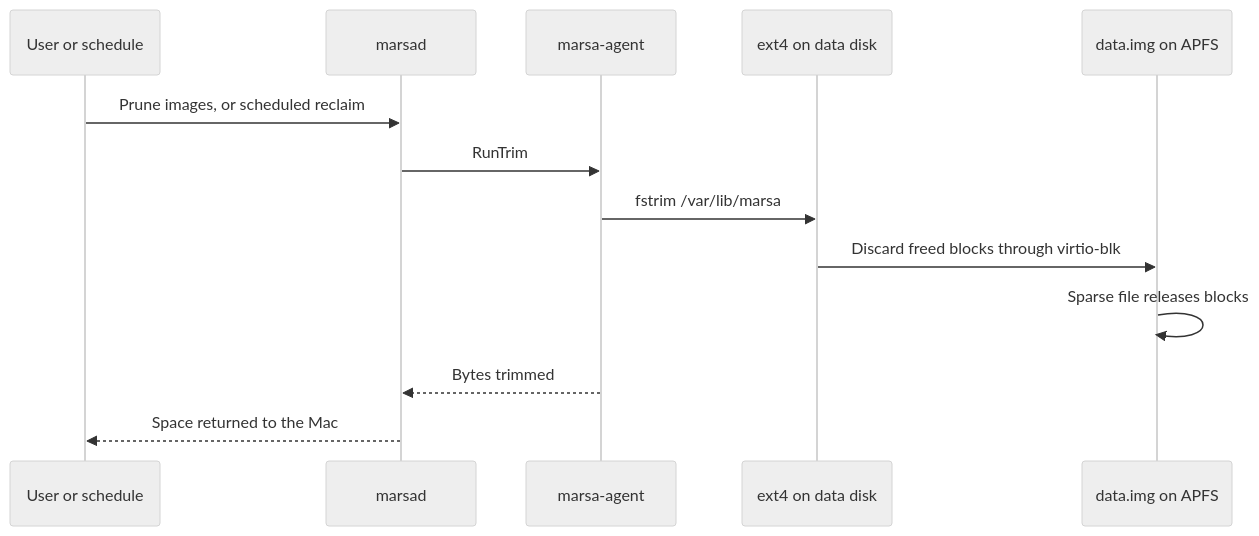
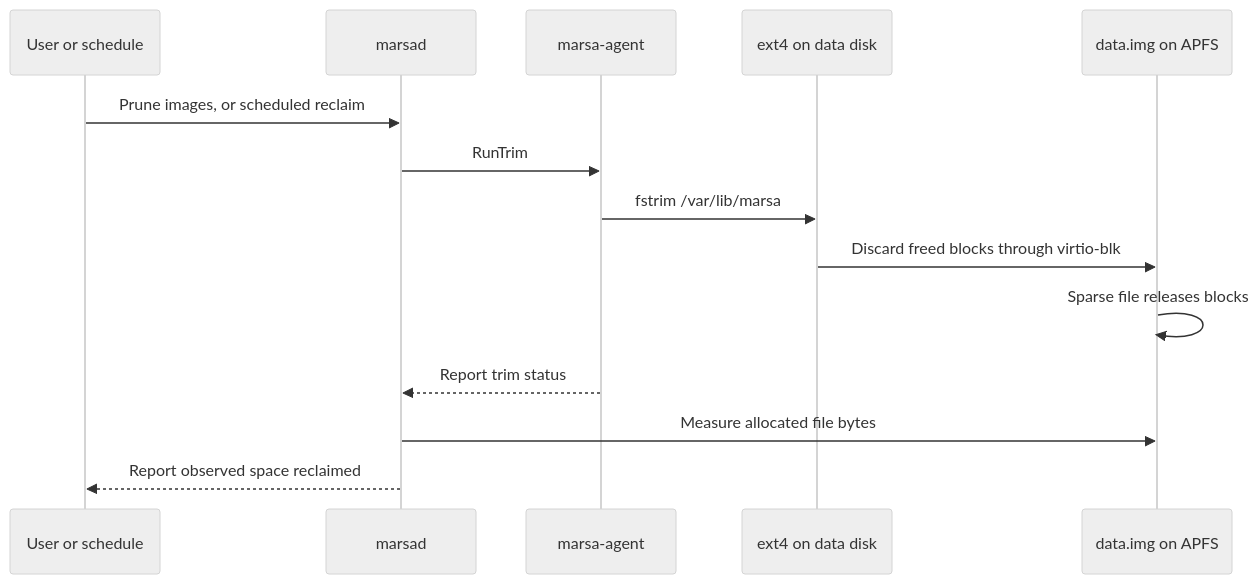
One commit to nasraldin/marsa changed the third of 3 diagrams in docs/07-file-sharing-and-storage.md. Above: the diagram before and after it, drawn with Mermaid (neutral theme). The commit also changed other lines of this file and 3 other files, not shown here.

````diff
--- a/docs/07-file-sharing-and-storage.md
+++ b/docs/07-file-sharing-and-storage.md
@@ -98,16 +98,17 @@
 ```mermaid
 sequenceDiagram
     participant U as User or schedule
     participant D as marsad
     participant A as marsa-agent
     participant FS as ext4 on data disk
     participant H as data.img on APFS
 
     U->>D: Prune images, or scheduled reclaim
     D->>A: RunTrim
     A->>FS: fstrim /var/lib/marsa
     FS->>H: Discard freed blocks through virtio-blk
     H->>H: Sparse file releases blocks
-    A-->>D: Bytes trimmed
-    D-->>U: Space returned to the Mac
+    A-->>D: Report trim status
+    D->>H: Measure allocated file bytes
+    D-->>U: Report observed space reclaimed
 ```
````
